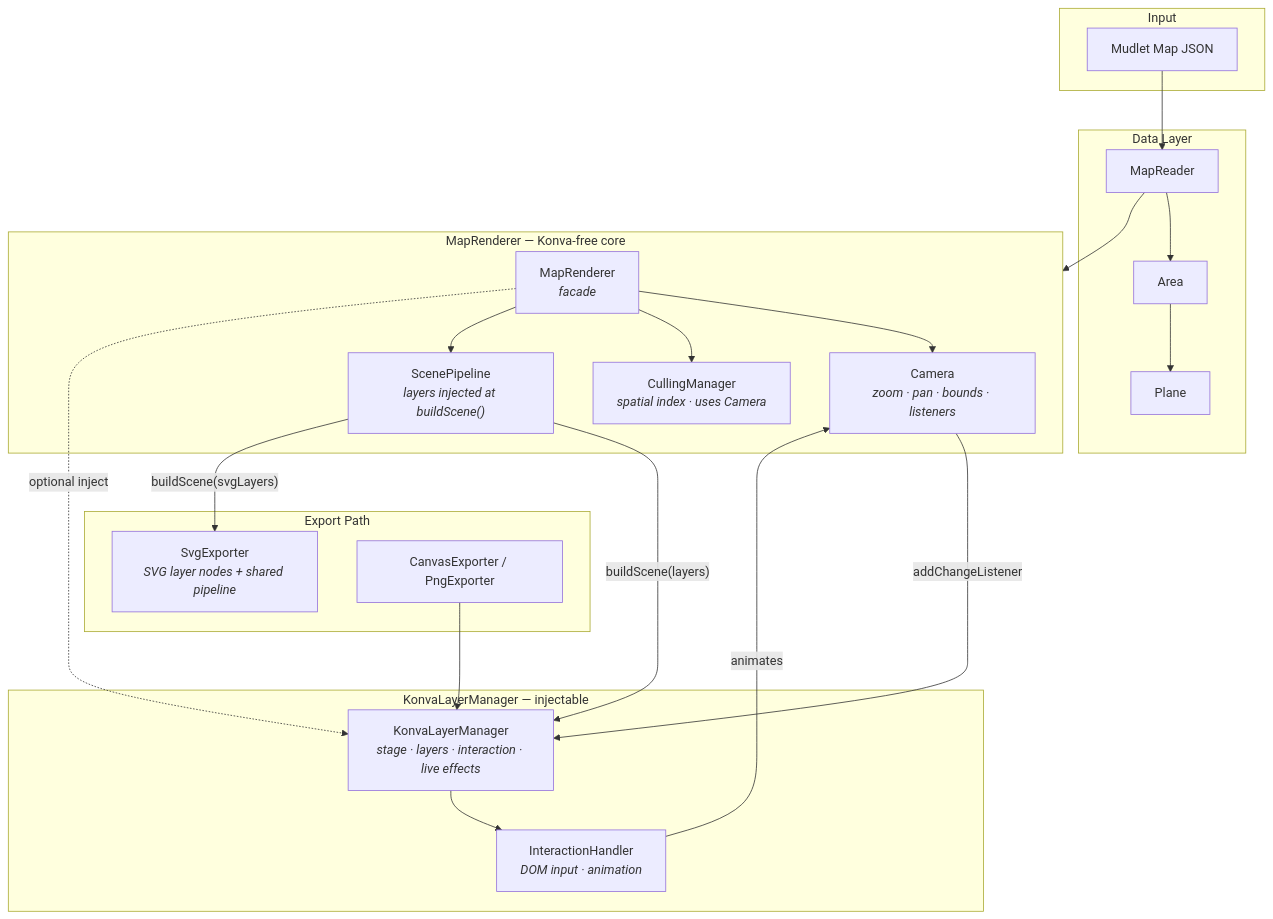
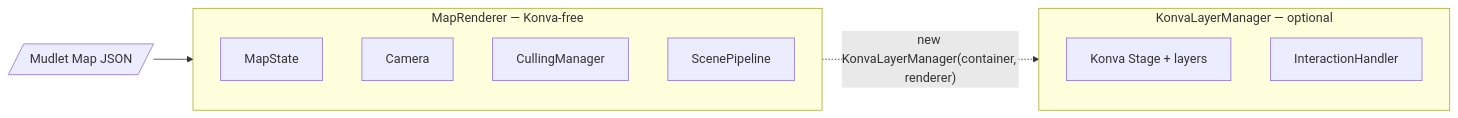
One commit to Delwing/mudlet-map-renderer changed the first of 13 diagrams in docs/architecture.md. Above: the diagram before and after it, drawn with Mermaid. The commit also changed other lines of this file, not shown here.

Commit message:
Simplify system overview: split into component ownership + usage paths diagrams

````diff
--- a/docs/architecture.md
+++ b/docs/architecture.md
@@ -9,43 +13,18 @@
 ```mermaid
-flowchart TB
-    subgraph Input
-        JSON["Mudlet Map JSON"]
+graph LR
+    JSON[/"Mudlet Map JSON"/] --> MR
+
+    subgraph MR["MapRenderer — Konva-free"]
+        MS[MapState]
+        CAM[Camera]
+        CM[CullingManager]
+        SP[ScenePipeline]
     end
 
-    subgraph Data["Data Layer"]
-        MR[MapReader]
-        Area[Area]
-        Plane[Plane]
+    MR -.->|"new KonvaLayerManager(container, renderer)"| KLM
+
+    subgraph KLM["KonvaLayerManager — optional"]
+        Stage["Konva Stage + layers"]
+        IH[InteractionHandler]
     end
-
-    subgraph Core["MapRenderer — Konva-free core"]
-        Facade["MapRenderer<br/><i>facade</i>"]
-        CAM["Camera<br/><i>zoom · pan · bounds · listeners</i>"]
-        CM["CullingManager<br/><i>spatial index · uses Camera</i>"]
-        SP["ScenePipeline<br/><i>layers injected at buildScene()</i>"]
-    end
-
-    subgraph KonvaBackend["KonvaLayerManager — injectable"]
-        KLM["KonvaLayerManager<br/><i>stage · layers · interaction · live effects</i>"]
-        IH["InteractionHandler<br/><i>DOM input · animation</i>"]
-    end
-
-    subgraph Exporters["Export Path"]
-        SVG["SvgExporter<br/><i>SVG layer nodes + shared pipeline</i>"]
-        PNG["CanvasExporter / PngExporter"]
-    end
-
-    JSON --> MR
-    MR --> Area --> Plane
-    MR --> Core
-    Facade --> CAM
-    Facade --> CM
-    Facade --> SP
-    Facade -. "optional inject" .-> KLM
-    KLM --> IH
-    IH -- animates --> CAM
-    CAM -- addChangeListener --> KLM
-    SP -- "buildScene(layers)" --> KLM
-    SP -- "buildScene(svgLayers)" --> SVG
-    PNG --> KLM
 ```
````
